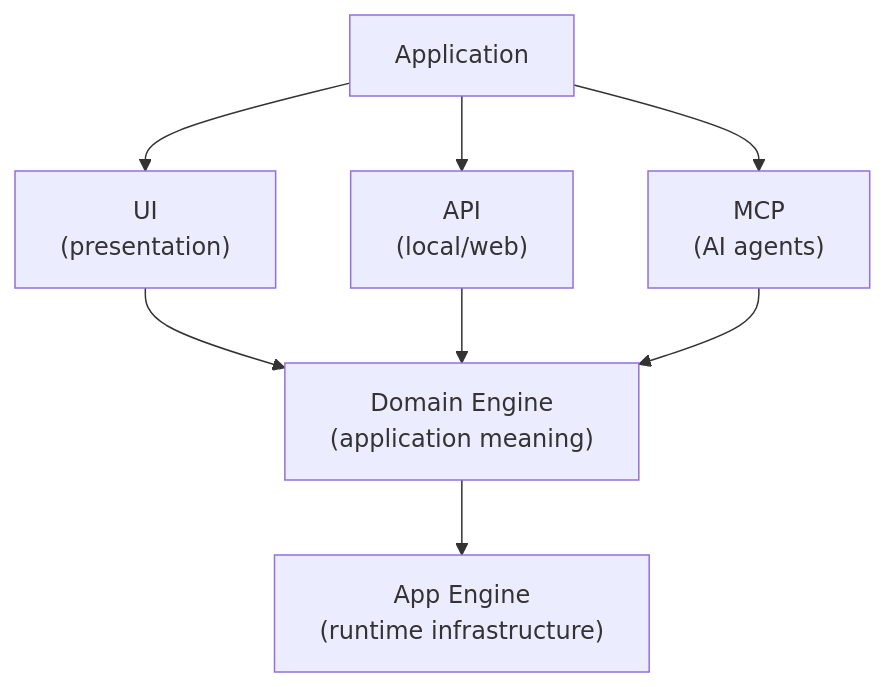
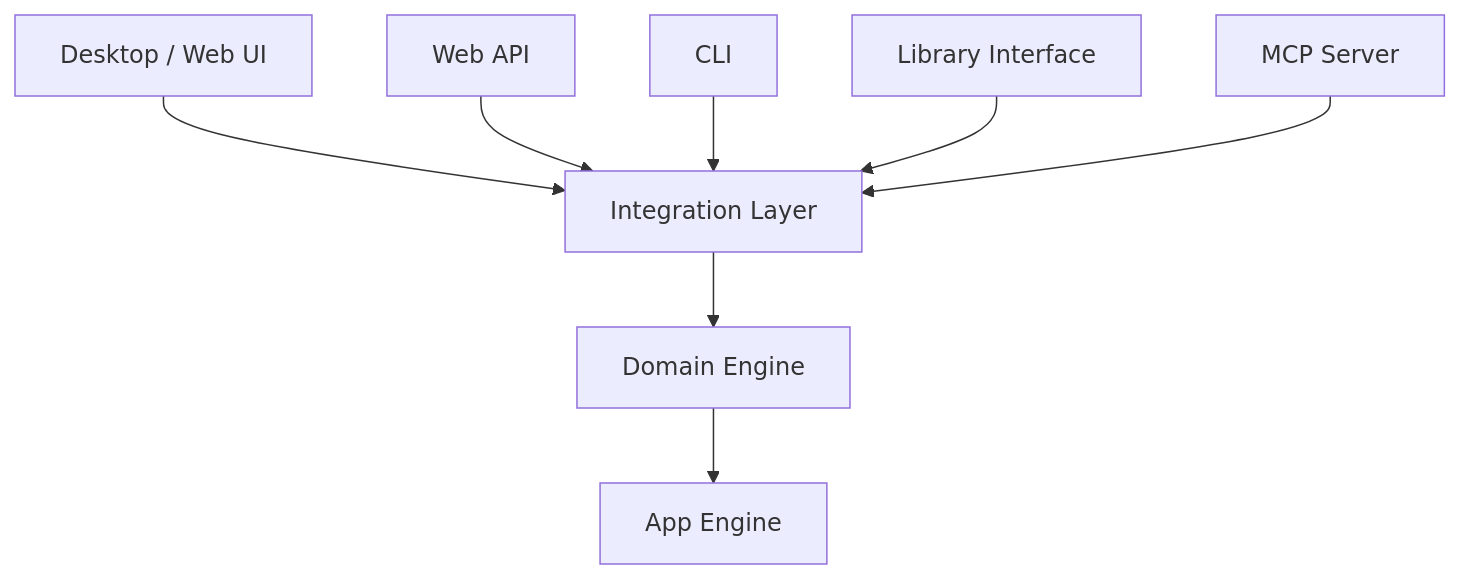
Before and after one commit to Unique-Digital-Resources/AppShell: the first of 5 diagrams in md_docs/app_engine_docs/10-application-integration.md, drawn with Mermaid. The commit also changed other lines of this file and 34 other files, not shown here.

````diff
--- a/md_docs/app_engine_docs/10-application-integration.md
+++ b/md_docs/app_engine_docs/10-application-integration.md
@@ -7,10 +19,21 @@
 ```mermaid
 flowchart TD
-    A["Application"] --> B["UI<br/>(presentation)"]
-    A --> C["API<br/>(local/web)"]
-    A --> D["MCP<br/>(AI agents)"]
-    B --> E["Domain Engine<br/>(application meaning)"]
-    C --> E
-    D --> E
-    E --> F["App Engine<br/>(runtime infrastructure)"]
+    UI["Desktop / Web UI"]
+    API["Web API"]
+    CLI["CLI"]
+    LIB["Library Interface"]
+    MCP["MCP Server"]
+
+    IL["Integration Layer"]
+    DE["Domain Engine"]
+    AE["App Engine"]
+
+    UI --> IL
+    API --> IL
+    CLI --> IL
+    LIB --> IL
+    MCP --> IL
+
+    IL --> DE
+    DE --> AE
 ```
````
